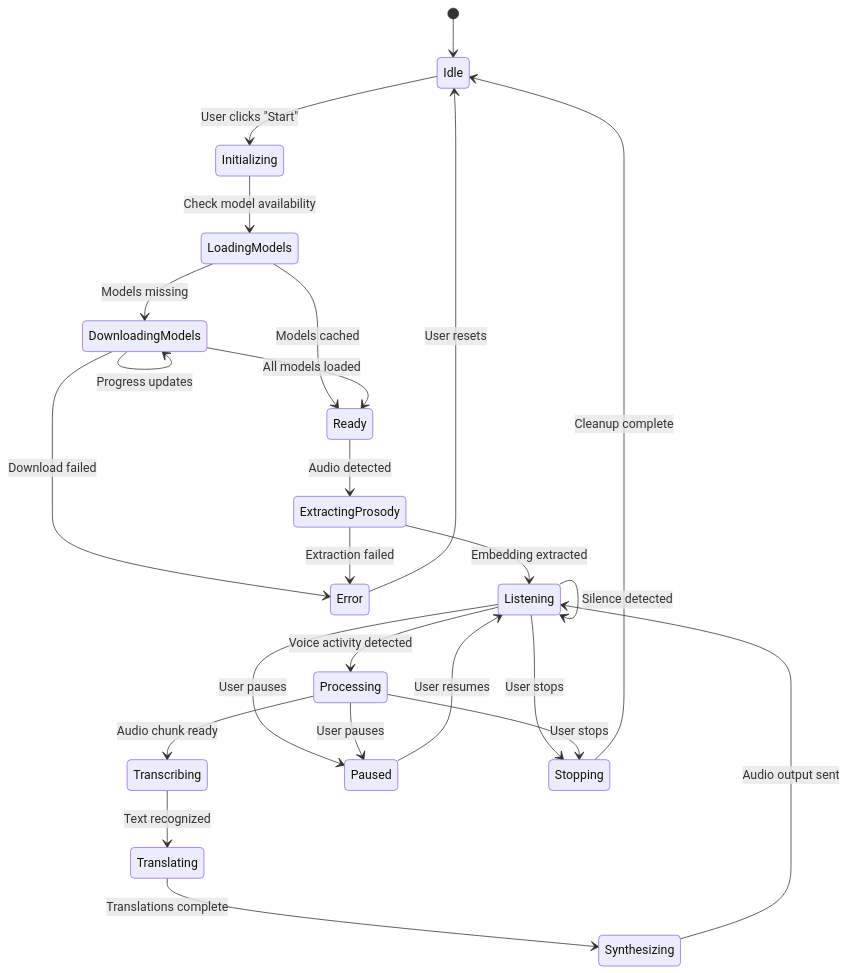
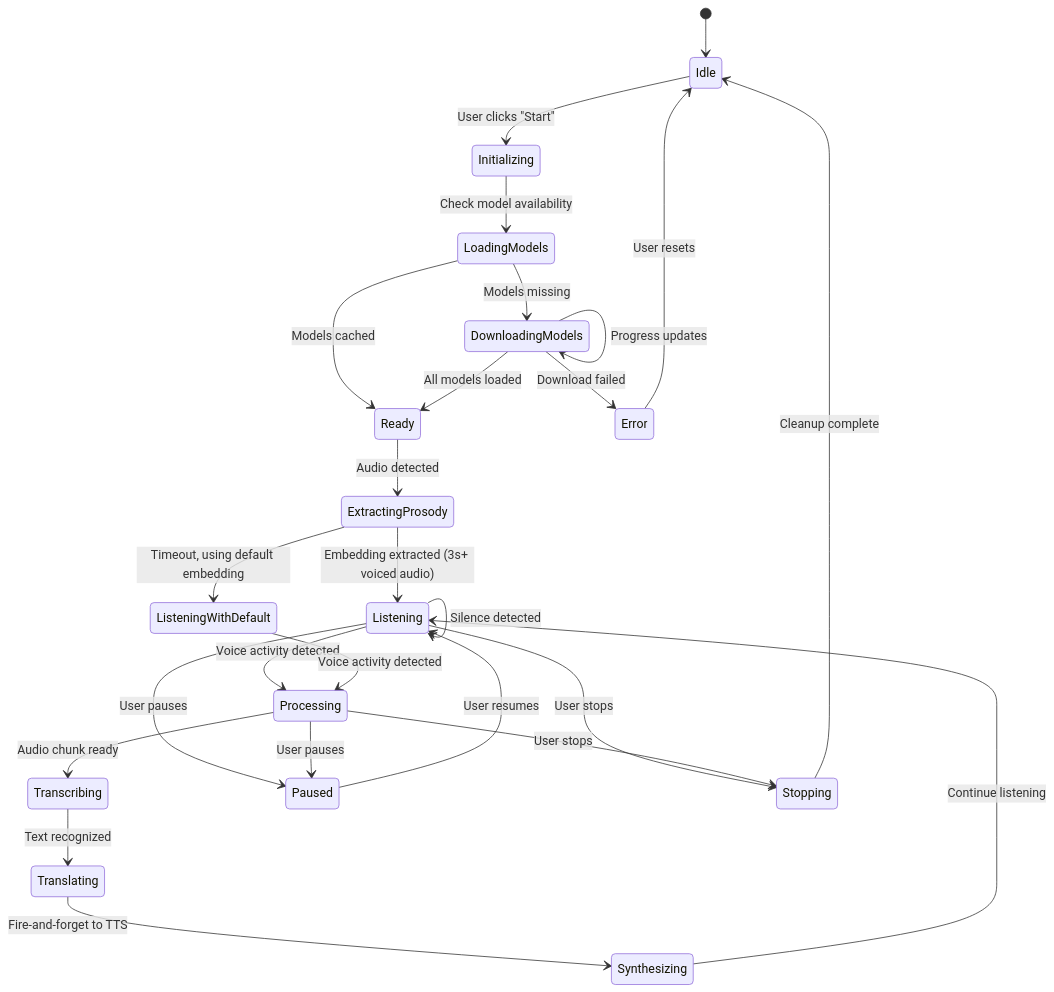
The fourth of 17 diagrams in plans/project-plan.md (naturally-translate/voice-bridge), drawn with Mermaid before and after one commit. The commit also changed other lines of this file, not shown here.

````diff
--- a/plans/project-plan.md
+++ b/plans/project-plan.md
@@ -286,35 +290,36 @@
 ```mermaid
 stateDiagram-v2
     [*] --> Idle
 
     Idle --> Initializing: User clicks "Start"
     Initializing --> LoadingModels: Check model availability
     LoadingModels --> DownloadingModels: Models missing
     LoadingModels --> Ready: Models cached
 
     DownloadingModels --> DownloadingModels: Progress updates
     DownloadingModels --> Ready: All models loaded
     DownloadingModels --> Error: Download failed
 
     Ready --> ExtractingProsody: Audio detected
-    ExtractingProsody --> Listening: Embedding extracted
-    ExtractingProsody --> Error: Extraction failed
+    ExtractingProsody --> Listening: Embedding extracted (3s+ voiced audio)
+    ExtractingProsody --> ListeningWithDefault: Timeout, using default embedding
 
     Listening --> Processing: Voice activity detected
     Listening --> Listening: Silence detected
+    ListeningWithDefault --> Processing: Voice activity detected
 
     Processing --> Transcribing: Audio chunk ready
     Transcribing --> Translating: Text recognized
-    Translating --> Synthesizing: Translations complete
-    Synthesizing --> Listening: Audio output sent
+    Translating --> Synthesizing: Fire-and-forget to TTS
+    Synthesizing --> Listening: Continue listening
 
     Listening --> Paused: User pauses
     Processing --> Paused: User pauses
     Paused --> Listening: User resumes
 
     Listening --> Stopping: User stops
     Processing --> Stopping: User stops
     Stopping --> Idle: Cleanup complete
 
     Error --> Idle: User resets
 ```
````
